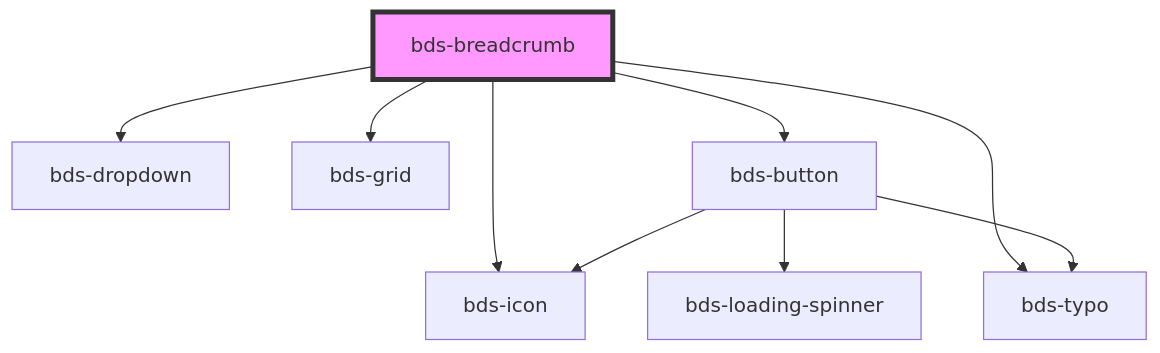
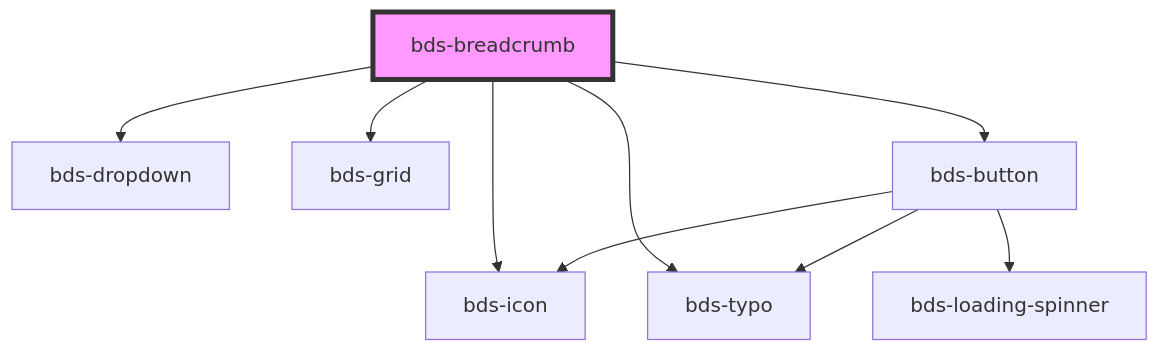
One commit to takenet/blip-ds changed the diagram in src/components/breadcrumb/readme.md. Above: the diagram before and after it, drawn with Mermaid. The commit also changed other lines of this file and 4 other files, not shown here.

````diff
--- a/src/components/breadcrumb/readme.md
+++ b/src/components/breadcrumb/readme.md
@@ -27,12 +27,12 @@
 ```mermaid
 graph TD;
   bds-breadcrumb --> bds-dropdown
   bds-breadcrumb --> bds-grid
   bds-breadcrumb --> bds-icon
+  bds-breadcrumb --> bds-typo
   bds-breadcrumb --> bds-button
-  bds-breadcrumb --> bds-typo
   bds-button --> bds-loading-spinner
   bds-button --> bds-icon
   bds-button --> bds-typo
   style bds-breadcrumb fill:#f9f,stroke:#333,stroke-width:4px
 ```
````
